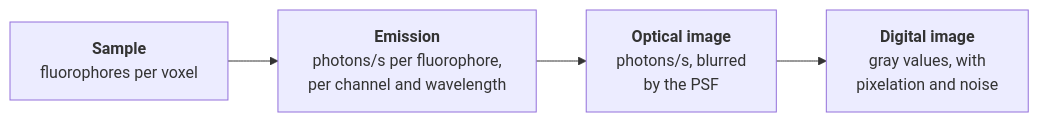
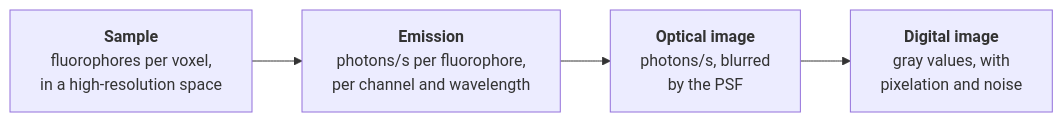
One commit to tlambert03/microsim changed the diagram in docs/index.md. Above: the diagram before and after it, drawn with Mermaid. The commit also changed 15 other files, not shown here.

First line of the commit message:
docs: review fixes (wording, tables, crosstalk example, chart tweaks)

````diff
--- a/docs/index.md
+++ b/docs/index.md
@@ -42,6 +42,6 @@
 ``` mermaid
 flowchart LR
-    A["<b>Sample</b><br/>fluorophores per voxel"] --> B["<b>Emission</b><br/>photons/s per fluorophore,<br/>per channel and wavelength"]
+    A["<b>Sample</b><br/>fluorophores per voxel,<br/>in a high-resolution space"] --> B["<b>Emission</b><br/>photons/s per fluorophore,<br/>per channel and wavelength"]
     B --> C["<b>Optical image</b><br/>photons/s, blurred<br/>by the PSF"]
     C --> D["<b>Digital image</b><br/>gray values, with<br/>pixelation and noise"]
 ```
````
